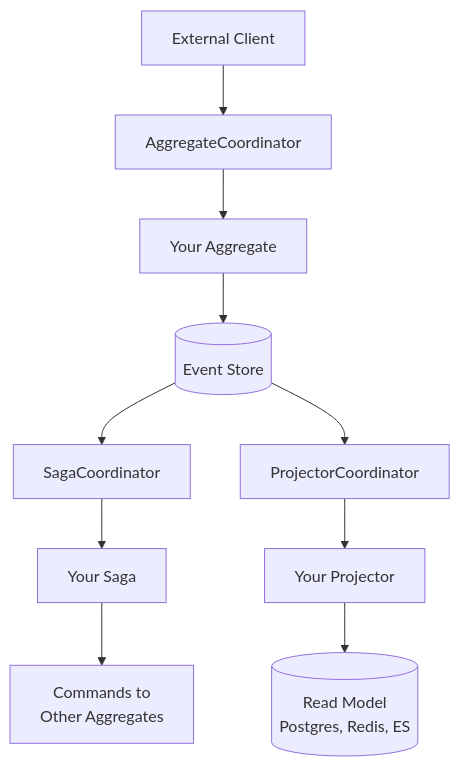
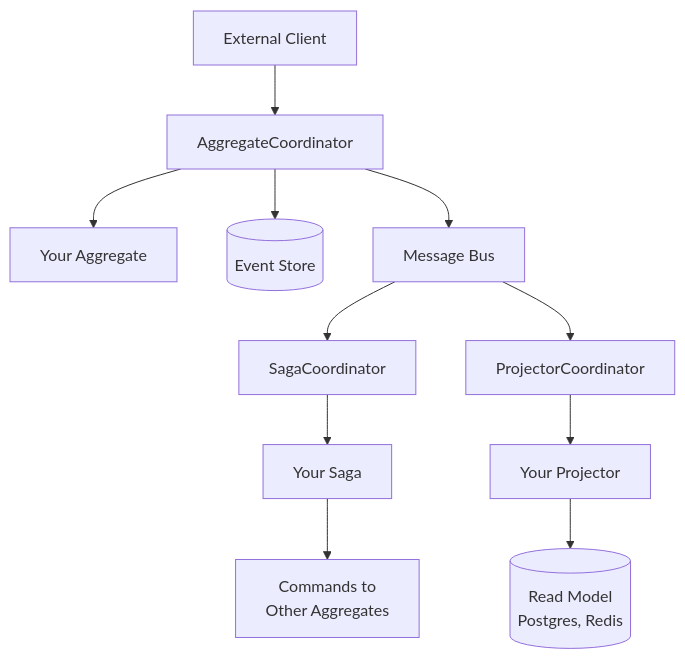
The first of 3 diagrams in docs/docs/architecture.md (benjaminabbitt/angzarr), drawn with Mermaid before and after one commit. The commit also changed other lines of this file, not shown here.

Commit message:
Add EDA Visuals reference to architecture documentation

````diff
--- a/docs/docs/architecture.md
+++ b/docs/docs/architecture.md
@@ -69,23 +69,25 @@
 ```mermaid
 flowchart TB
     Client[External Client]
     AC[AggregateCoordinator]
     Agg[Your Aggregate]
     ES[(Event Store)]
+    BUS[Message Bus]
     SC[SagaCoordinator]
     PC[ProjectorCoordinator]
     Saga[Your Saga]
     Proj[Your Projector]
     Cmd[Commands to<br/>Other Aggregates]
-    RM[(Read Model<br/>Postgres, Redis, ES)]
+    RM[(Read Model<br/>Postgres, Redis)]
 
     Client --> AC
     AC --> Agg
-    Agg --> ES
-    ES --> SC
-    ES --> PC
+    AC --> ES
+    AC --> BUS
+    BUS --> SC
+    BUS --> PC
     SC --> Saga
     PC --> Proj
     Saga --> Cmd
     Proj --> RM
 ```
````
